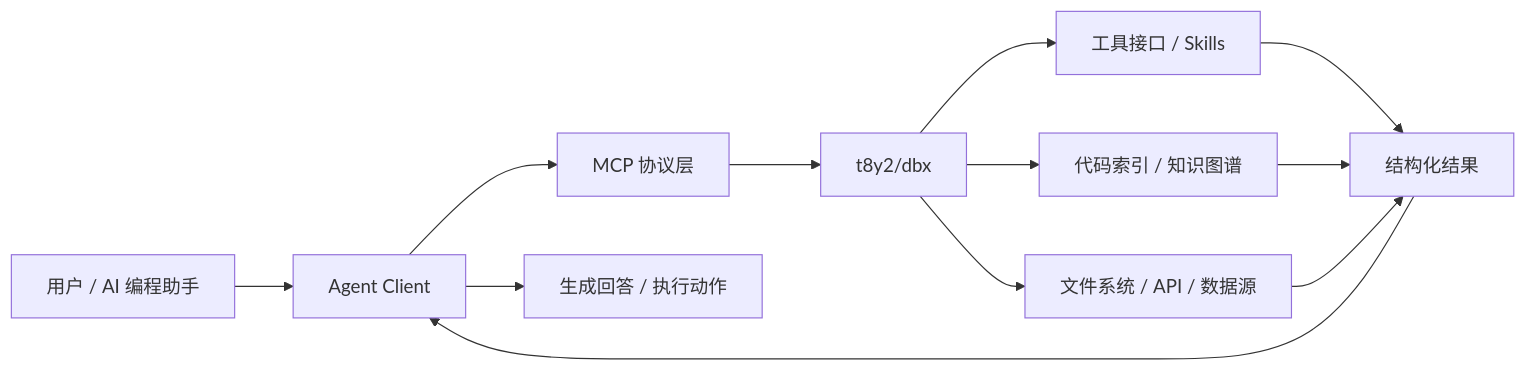
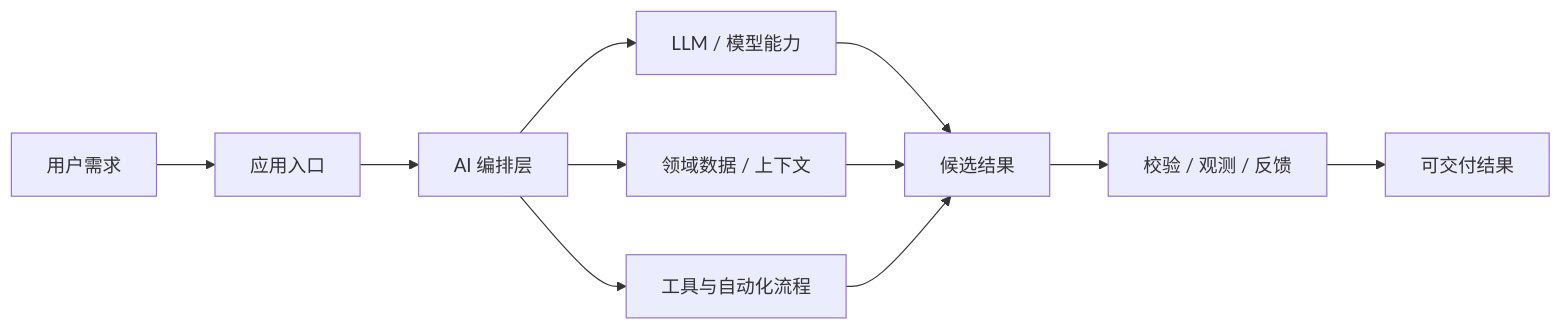
The fifth of 5 diagrams in TRENDING.md (Lingwangla/github_trend), drawn with Mermaid before and after one commit. The commit also changed other lines of this file and 2 other files, not shown here.

````diff
--- a/TRENDING.md
+++ b/TRENDING.md
@@ -143,14 +186,13 @@
 ```mermaid
 flowchart LR
-    User[用户 / AI 编程助手] --> Client[Agent Client]
-    Client --> Protocol[MCP 协议层]
-    Protocol --> Server[t8y2/dbx]
-    Server --> Tools[工具接口 / Skills]
-    Server --> Index[代码索引 / 知识图谱]
-    Server --> Data[文件系统 / API / 数据源]
-    Tools --> Result[结构化结果]
-    Index --> Result
+    User[用户需求] --> Interface[应用入口]
+    Interface --> Orchestrator[AI 编排层]
+    Orchestrator --> Model[LLM / 模型能力]
+    Orchestrator --> Data[领域数据 / 上下文]
+    Orchestrator --> Tools[工具与自动化流程]
+    Model --> Result[候选结果]
     Data --> Result
-    Result --> Client
-    Client --> Answer[生成回答 / 执行动作]
+    Tools --> Result
+    Result --> Review[校验 / 观测 / 反馈]
+    Review --> Output[可交付结果]
 ```
````
